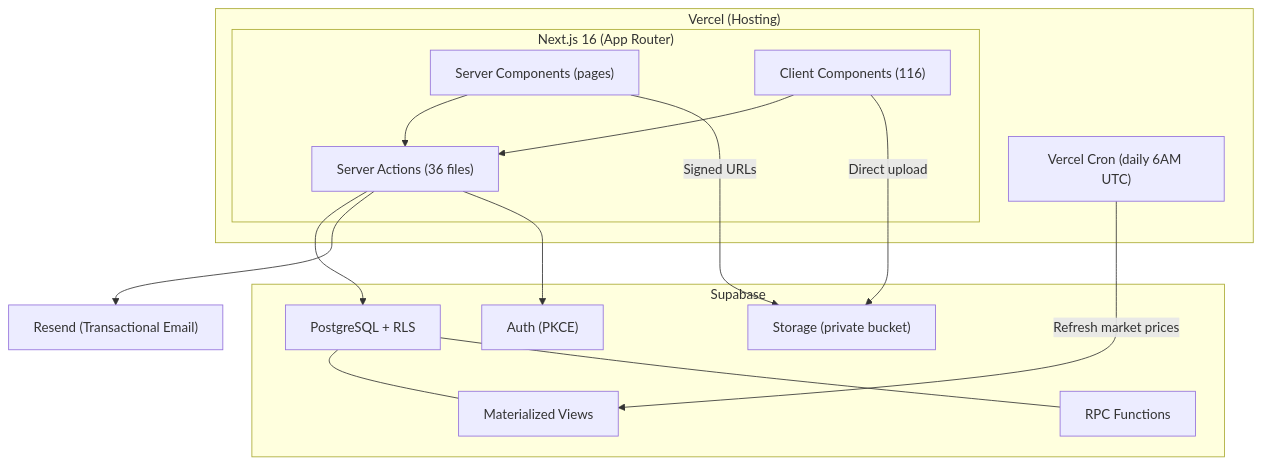
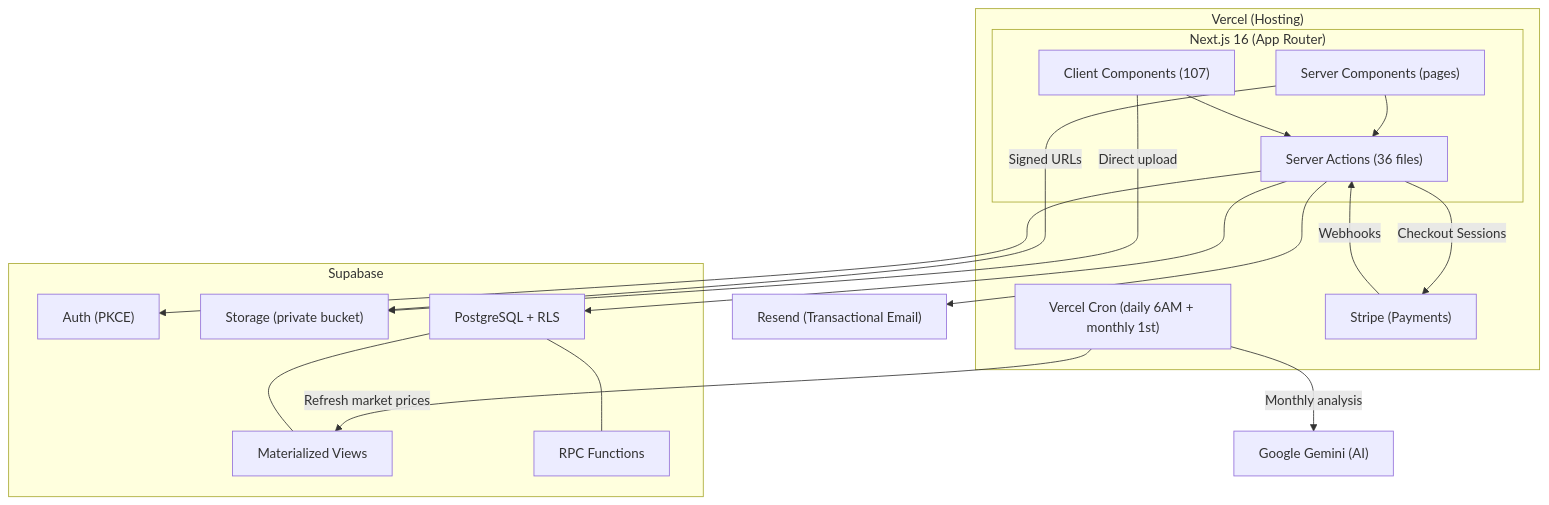
The diagram in docs/architecture/overview.md (smount92/ProjectEquiscape), drawn with Mermaid before and after one commit. The commit also changed other lines of this file and 98 other files, not shown here.

````diff
--- a/docs/architecture/overview.md
+++ b/docs/architecture/overview.md
@@ -5,32 +5,38 @@
 ```mermaid
 graph TD
     subgraph Vercel["Vercel (Hosting)"]
         subgraph Next["Next.js 16 (App Router)"]
             SC["Server Components (pages)"]
-            CC["Client Components (116)"]
+            CC["Client Components (107)"]
             SA["Server Actions (36 files)"]
         end
-        Cron["Vercel Cron (daily 6AM UTC)"]
+        Cron["Vercel Cron (daily 6AM + monthly 1st)"]
+        Stripe["Stripe (Payments)"]
     end
 
     subgraph Supabase["Supabase"]
         Auth["Auth (PKCE)"]
         Storage["Storage (private bucket)"]
         DB["PostgreSQL + RLS"]
         MV["Materialized Views"]
         RPC["RPC Functions"]
     end
 
     Email["Resend (Transactional Email)"]
+    Gemini["Google Gemini (AI)"]
+
+    SA -->|"Checkout Sessions"| Stripe
+    Stripe -->|"Webhooks"| SA
+    Cron -->|"Monthly analysis"| Gemini
 
     SC --> SA
     CC --> SA
     SA --> DB
     SA --> Email
     CC -->|"Direct upload"| Storage
     SC -->|"Signed URLs"| Storage
     Cron -->|"Refresh market prices"| MV
     SA --> Auth
     DB --- MV
     DB --- RPC
 ```
````
